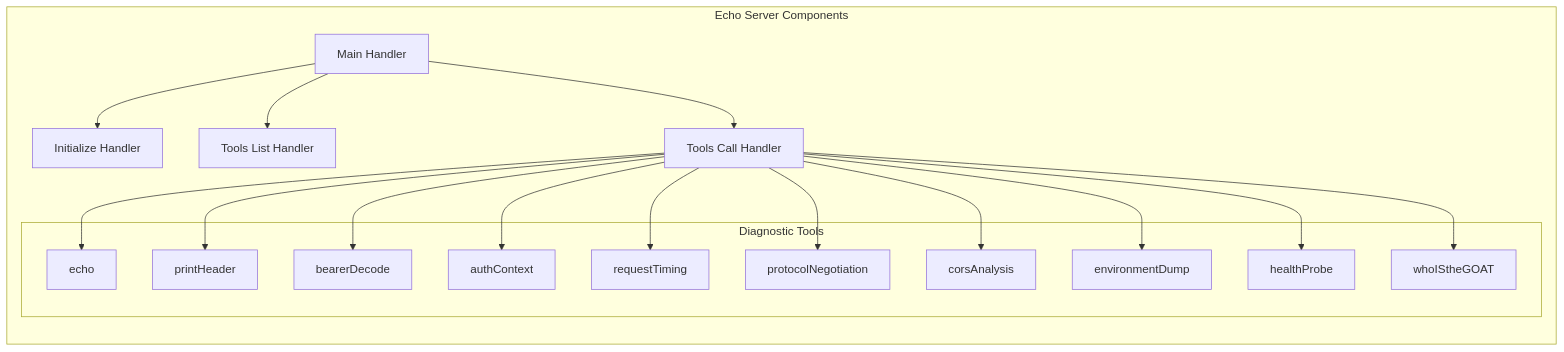
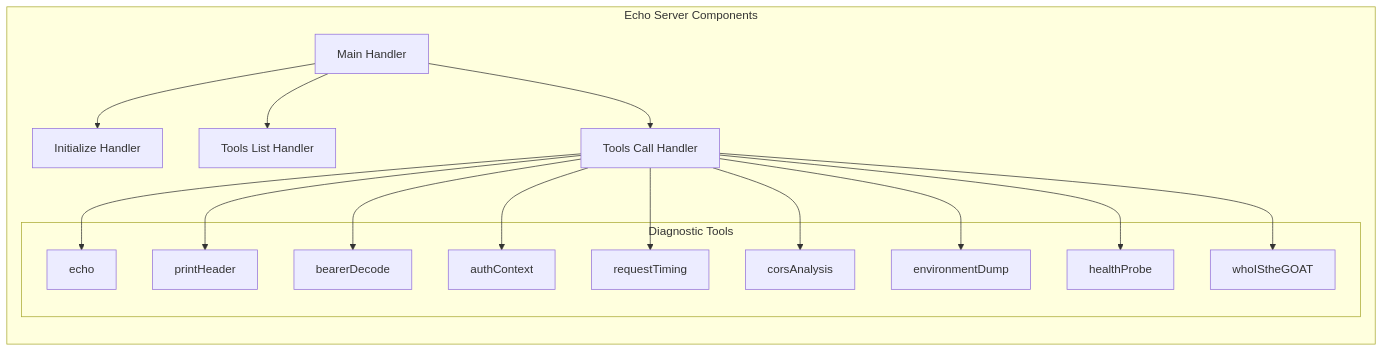
The second of 2 diagrams in docs/packages/mcp-echo-streamablehttp-server-stateless.md (atrawog/mcp-oauth-gateway), drawn with Mermaid before and after one commit. The commit also changed other lines of this file and 15 other files, not shown here.

````diff
--- a/docs/packages/mcp-echo-streamablehttp-server-stateless.md
+++ b/docs/packages/mcp-echo-streamablehttp-server-stateless.md
@@ -55,36 +55,34 @@
 ```{mermaid}
 graph LR
     subgraph "Echo Server Components"
         M[Main Handler]
         I[Initialize Handler]
         L[Tools List Handler]
         TC[Tools Call Handler]
 
         subgraph "Diagnostic Tools"
             T1[echo]
             T2[printHeader]
             T3[bearerDecode]
             T4[authContext]
             T5[requestTiming]
-            T6[protocolNegotiation]
-            T7[corsAnalysis]
-            T8[environmentDump]
-            T9[healthProbe]
-            T10[whoIStheGOAT]
+            T6[corsAnalysis]
+            T7[environmentDump]
+            T8[healthProbe]
+            T9[whoIStheGOAT]
         end
     end
 
     M --> I
     M --> L
     M --> TC
     TC --> T1
     TC --> T2
     TC --> T3
     TC --> T4
     TC --> T5
     TC --> T6
     TC --> T7
     TC --> T8
     TC --> T9
-    TC --> T10
 ```
````
